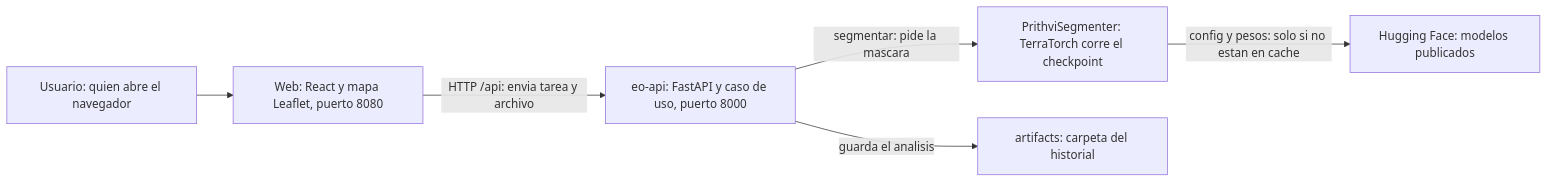
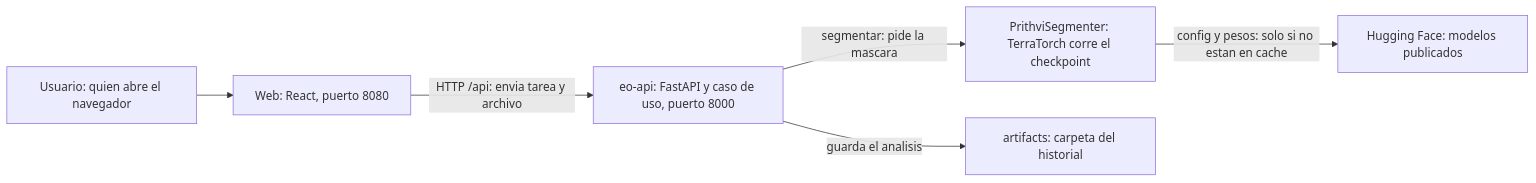
Before and after one commit to Charlsz/Tune: the first of 4 diagrams in docs/SegundoInforme.md, drawn with Mermaid. The commit also changed other lines of this file, not shown here.

````diff
--- a/docs/SegundoInforme.md
+++ b/docs/SegundoInforme.md
@@ -473,8 +478,8 @@
 ```mermaid
 flowchart LR
-  Usuario["Usuario: quien abre el navegador"] --> Web["Web: React y mapa Leaflet, puerto 8080"]
+  Usuario["Usuario: quien abre el navegador"] --> Web["Web: React, puerto 8080"]
   Web -->|"HTTP /api: envia tarea y archivo"| API["eo-api: FastAPI y caso de uso, puerto 8000"]
   API -->|"segmentar: pide la mascara"| Seg["PrithviSegmenter: TerraTorch corre el checkpoint"]
   Seg -->|"config y pesos: solo si no estan en cache"| HF["Hugging Face: modelos publicados"]
   API -->|"guarda el analisis"| Disco["artifacts: carpeta del historial"]
 ```
````
